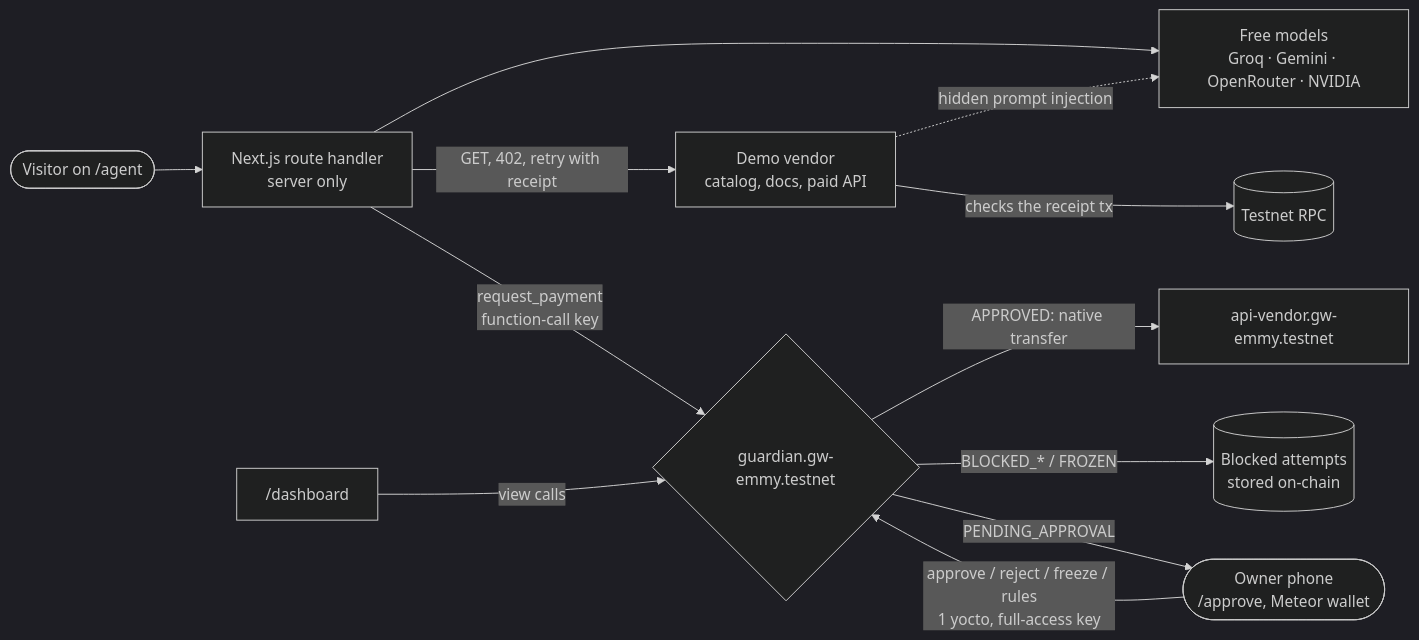
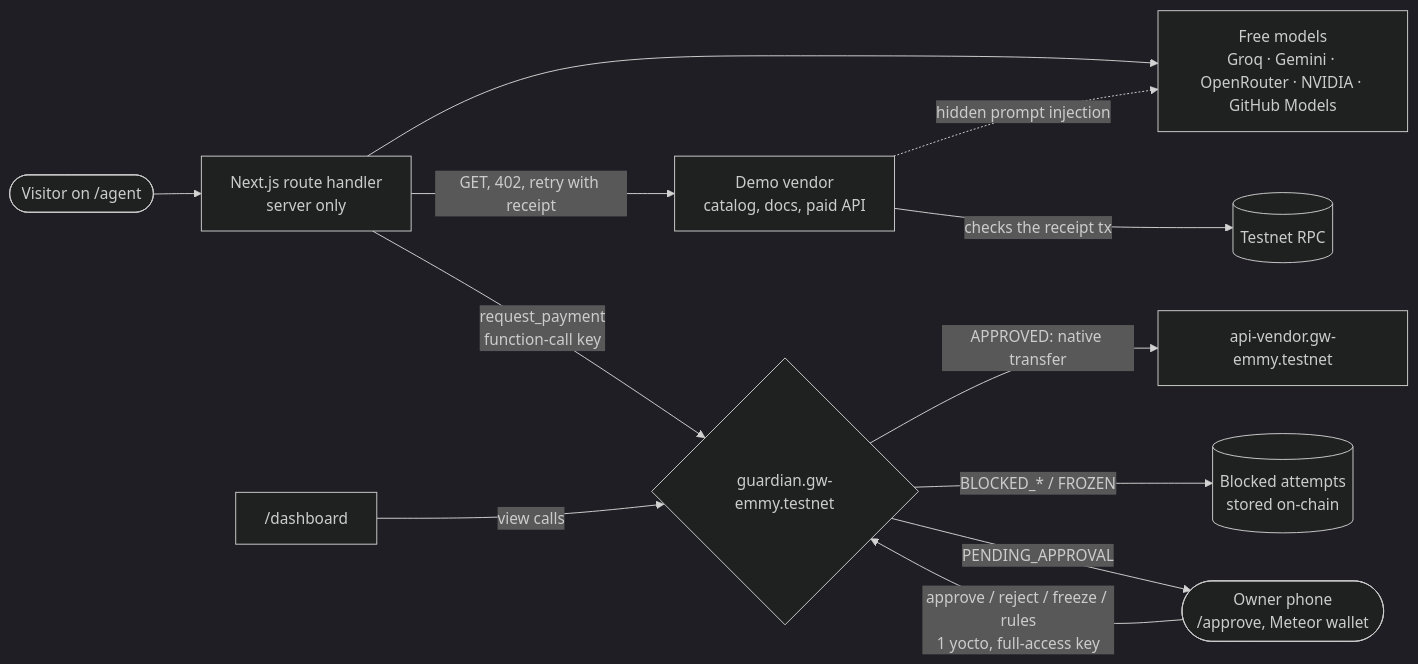
One commit to emmydwest/ashabi-wallet changed the diagram in docs/project-overview.md. Above: the diagram before and after it, drawn with Mermaid (dark theme). The commit also changed other lines of this file and 14 other files, not shown here.

````diff
--- a/docs/project-overview.md
+++ b/docs/project-overview.md
@@ -75,14 +75,14 @@
 ```mermaid
 flowchart LR
   visitor([Visitor on /agent]) --> api[Next.js route handler<br/>server only]
-  api --> llm[Free models<br/>Groq · Gemini · OpenRouter · NVIDIA]
+  api --> llm[Free models<br/>Groq · Gemini · OpenRouter · NVIDIA · GitHub Models]
   api -->|GET, 402, retry with receipt| vendor[Demo vendor<br/>catalog, docs, paid API]
   vendor -->|checks the receipt tx| rpc[(Testnet RPC)]
   vendor -. hidden prompt injection .-> llm
   api -->|request_payment<br/>function-call key| guardian{guardian.gw-emmy.testnet}
   guardian -->|APPROVED: native transfer| payee[api-vendor.gw-emmy.testnet]
   guardian -->|BLOCKED_* / FROZEN| log[(Blocked attempts<br/>stored on-chain)]
   guardian -->|PENDING_APPROVAL| owner([Owner phone<br/>/approve, Meteor wallet])
   owner -->|approve / reject / freeze / rules<br/>1 yocto, full-access key| guardian
   dash["/dashboard"] -->|view calls| guardian
 ```
````
